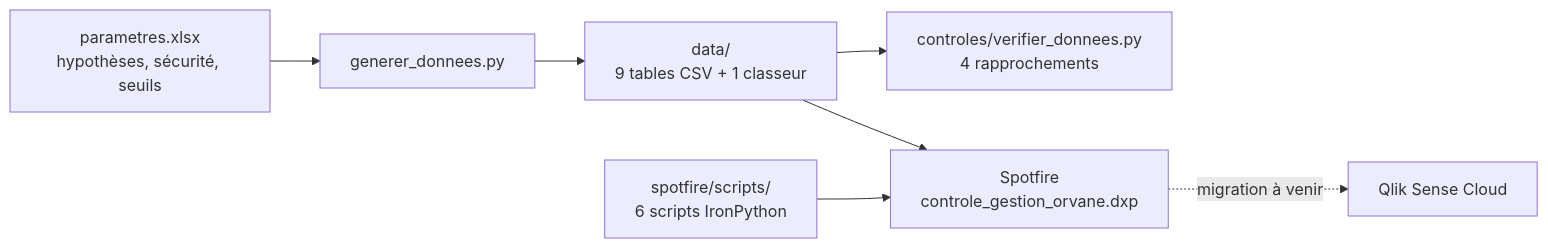
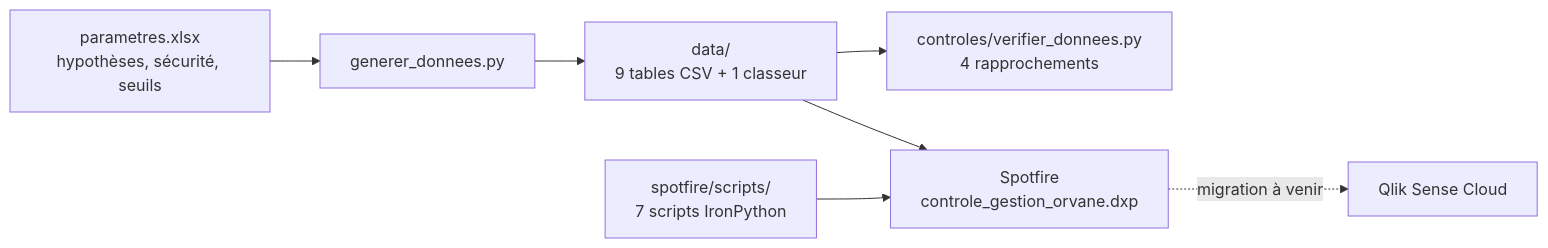
Before and after one commit to cnanaj-wq/migration-spotfire-qlik-sense: the diagram in README.md, drawn with Mermaid. The commit also changed other lines of this file and 6 other files, not shown here.

````diff
--- a/README.md
+++ b/README.md
@@ -125,9 +125,9 @@
 ```mermaid
 flowchart LR
   P[parametres.xlsx<br/>hypothèses, sécurité, seuils] --> G[generer_donnees.py]
   G --> D[data/<br/>9 tables CSV + 1 classeur]
   D --> C[controles/verifier_donnees.py<br/>4 rapprochements]
   D --> S[Spotfire<br/>controle_gestion_orvane.dxp]
-  I[spotfire/scripts/<br/>6 scripts IronPython] --> S
+  I[spotfire/scripts/<br/>7 scripts IronPython] --> S
   S -. migration à venir .-> Q[Qlik Sense Cloud]
 ```
````
